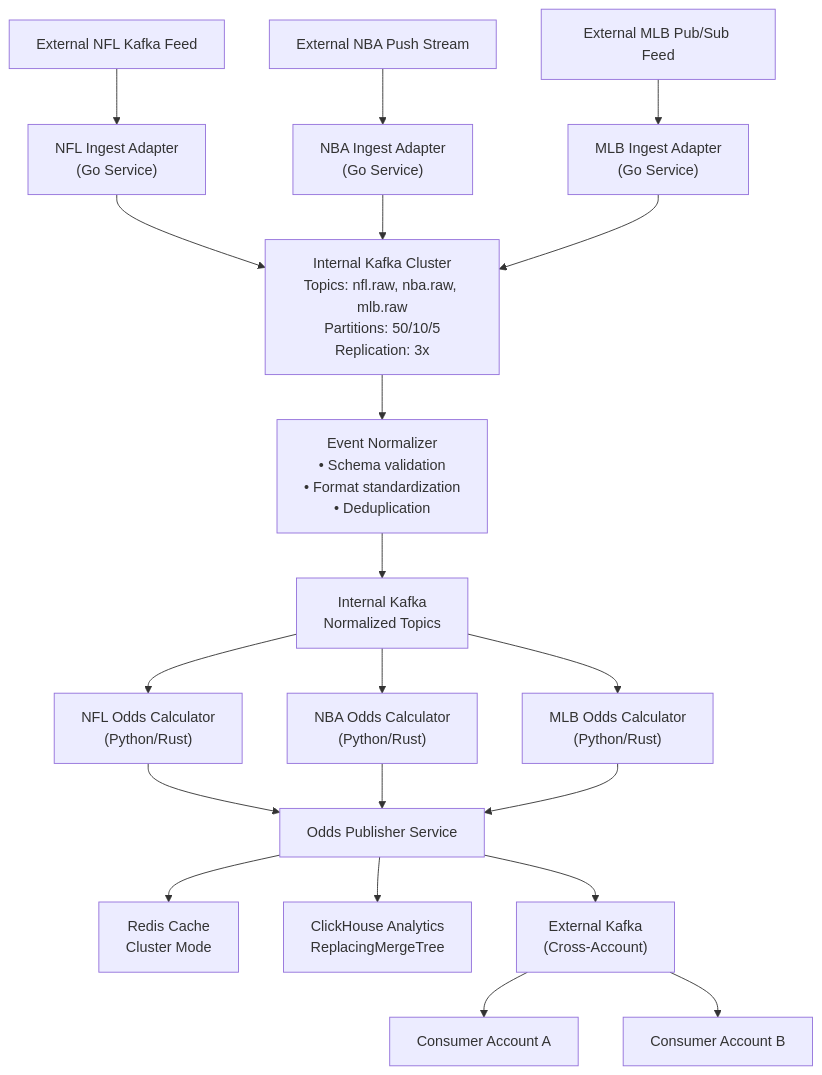
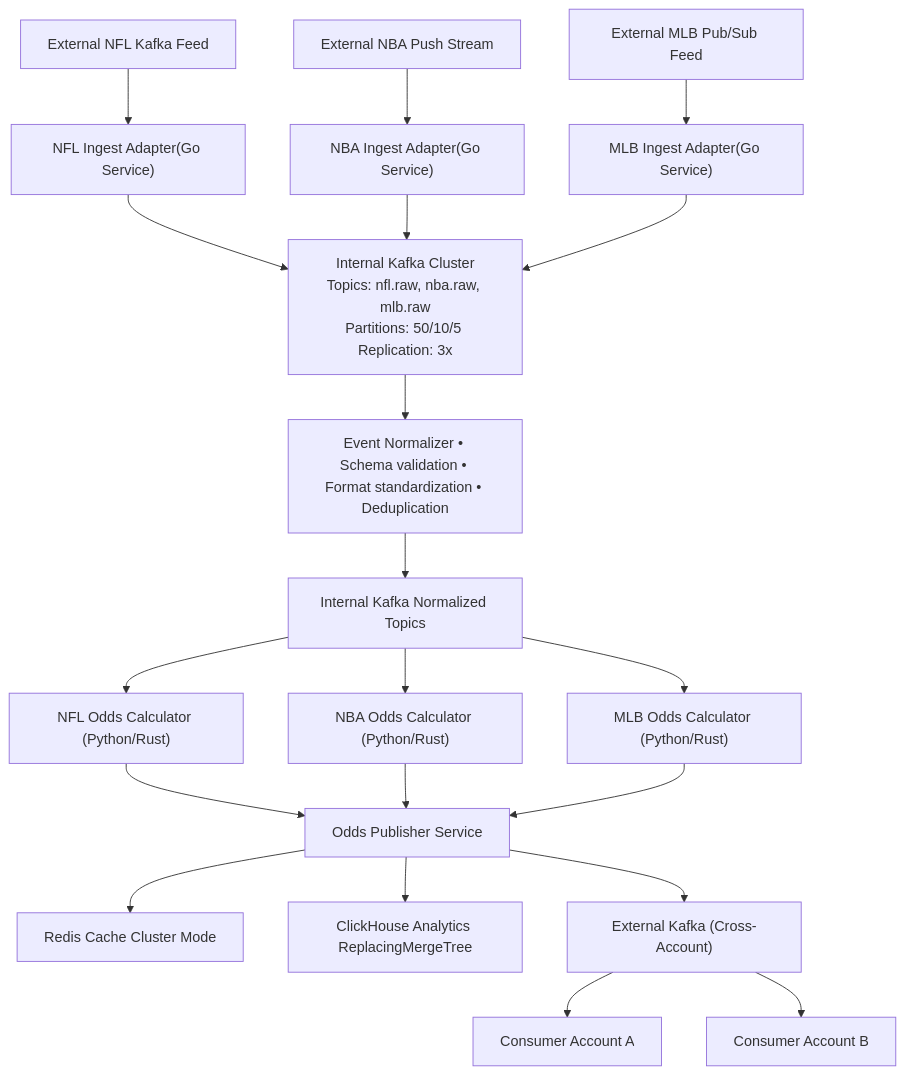
The diagram in README.md (cchmura/ud_assessment), drawn with Mermaid before and after one commit. The commit also changed other lines of this file, not shown here.

````diff
--- a/README.md
+++ b/README.md
@@ -31,37 +31,37 @@
 ```mermaid
 flowchart TD
     %% External Feeds
     NFLKafka[External NFL Kafka Feed]
     NBAPush[External NBA Push Stream]
     MLBPubSub[External MLB Pub/Sub Feed]
 
     %% Adapters
-    NFLKafka --> NFLIngest["NFL Ingest Adapter\n(Go Service)"]
-    NBAPush --> NBAIngest["NBA Ingest Adapter\n(Go Service)"]
-    MLBPubSub --> MLBIngest["MLB Ingest Adapter\n(Go Service)"]
+    NFLKafka --> NFLIngest["NFL Ingest Adapter(Go Service)"]
+    NBAPush --> NBAIngest["NBA Ingest Adapter(Go Service)"]
+    MLBPubSub --> MLBIngest["MLB Ingest Adapter(Go Service)"]
 
     %% Internal Kafka
-    NFLIngest --> RawKafka["Internal Kafka Cluster\nTopics: nfl.raw, nba.raw, mlb.raw\nPartitions: 50/10/5\nReplication: 3x"]
+    NFLIngest --> RawKafka["Internal Kafka Cluster\nTopics: nfl.raw, nba.raw, mlb.raw\nPartitions: 50/10/5 Replication: 3x"]
     NBAIngest --> RawKafka
     MLBIngest --> RawKafka
 
     %% Processing Pipeline
-    RawKafka --> Normalizer["Event Normalizer\n• Schema validation\n• Format standardization\n• Deduplication"]
-    Normalizer --> NormKafka["Internal Kafka\nNormalized Topics"]
+    RawKafka --> Normalizer["Event Normalizer • Schema validation • Format standardization • Deduplication"]
+    Normalizer --> NormKafka["Internal Kafka Normalized Topics"]
     
-    NormKafka --> NFLOdds["NFL Odds Calculator\n(Python/Rust)"]
-    NormKafka --> NBAOdds["NBA Odds Calculator\n(Python/Rust)"]
-    NormKafka --> MLBOdds["MLB Odds Calculator\n(Python/Rust)"]
+    NormKafka --> NFLOdds["NFL Odds Calculator (Python/Rust)"]
+    NormKafka --> NBAOdds["NBA Odds Calculator (Python/Rust)"]
+    NormKafka --> MLBOdds["MLB Odds Calculator (Python/Rust)"]
 
     %% Output
     NFLOdds --> Publisher["Odds Publisher Service"]
     NBAOdds --> Publisher
     MLBOdds --> Publisher
     
-    Publisher --> Redis["Redis Cache\nCluster Mode"]
-    Publisher --> ClickHouse["ClickHouse Analytics\nReplacingMergeTree"]
-    Publisher --> ExtKafka["External Kafka\n(Cross-Account)"]
+    Publisher --> Redis["Redis Cache Cluster Mode"]
+    Publisher --> ClickHouse["ClickHouse Analytics ReplacingMergeTree"]
+    Publisher --> ExtKafka["External Kafka (Cross-Account)"]
     
     ExtKafka --> AccountA["Consumer Account A"]
     ExtKafka --> AccountB["Consumer Account B"]
 ```
````
